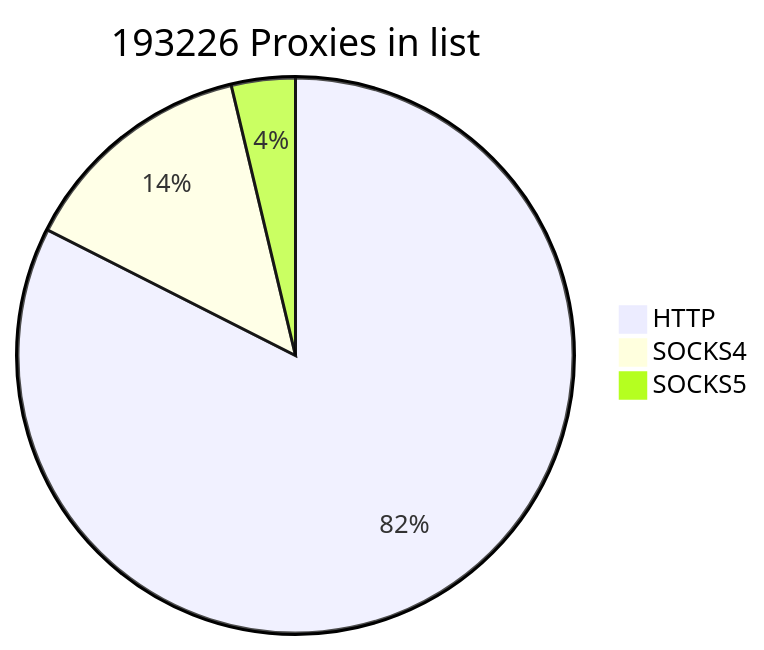
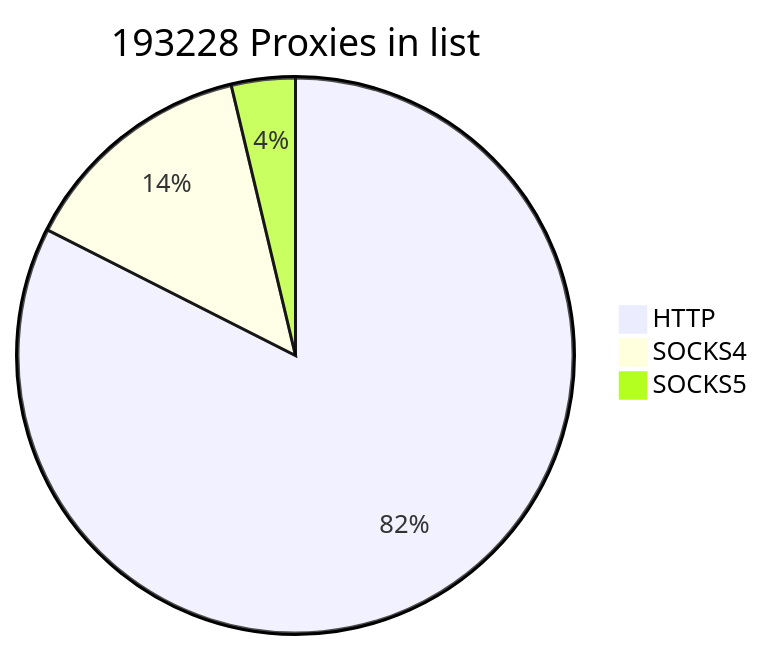
Before and after one commit to cutipu/proxylist: the first of 2 diagrams in README.md, drawn with Mermaid. The commit also changed other lines of this file, not shown here.

````diff
--- a/README.md
+++ b/README.md
@@ -2,7 +2,7 @@
 ```mermaid
-pie title 193226 Proxies in list
+pie title 193228 Proxies in list
     "HTTP" : 159331
-    "SOCKS4" : 26715
+    "SOCKS4" : 26717
     "SOCKS5" : 7180
             
 ```
````
